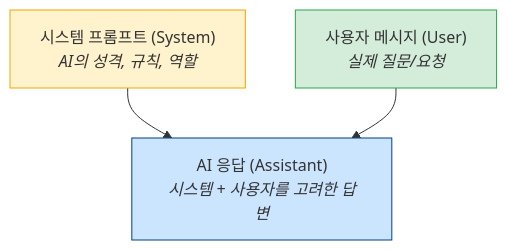
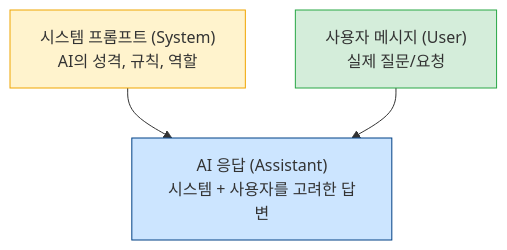
Before and after one commit to speson/tom-learn-ai: the first of 2 diagrams in docs/chapters/03-prompt-engineering/advanced-techniques.md, drawn with Mermaid. The commit also changed 5 other files, not shown here.

First line of the commit message:
Mermaid 문법 호환성 수정

````diff
--- a/docs/chapters/03-prompt-engineering/advanced-techniques.md
+++ b/docs/chapters/03-prompt-engineering/advanced-techniques.md
@@ -228,13 +228,13 @@
 ```mermaid
 graph TD
-    S["시스템 프롬프트 (System)<br/><i>AI의 성격, 규칙, 역할</i>"]
-    U["사용자 메시지 (User)<br/><i>실제 질문/요청</i>"]
-    A["AI 응답 (Assistant)<br/><i>시스템 + 사용자를 고려한 답변</i>"]
+    S["시스템 프롬프트 (System)<br/>AI의 성격, 규칙, 역할"]
+    U["사용자 메시지 (User)<br/>실제 질문/요청"]
+    A["AI 응답 (Assistant)<br/>시스템 + 사용자를 고려한 답변"]
 
     S --> A
     U --> A
 
     style S fill:#fff3cd,stroke:#f0a500
     style U fill:#d4edda,stroke:#28a745
     style A fill:#cce5ff,stroke:#004085
 ```
````
